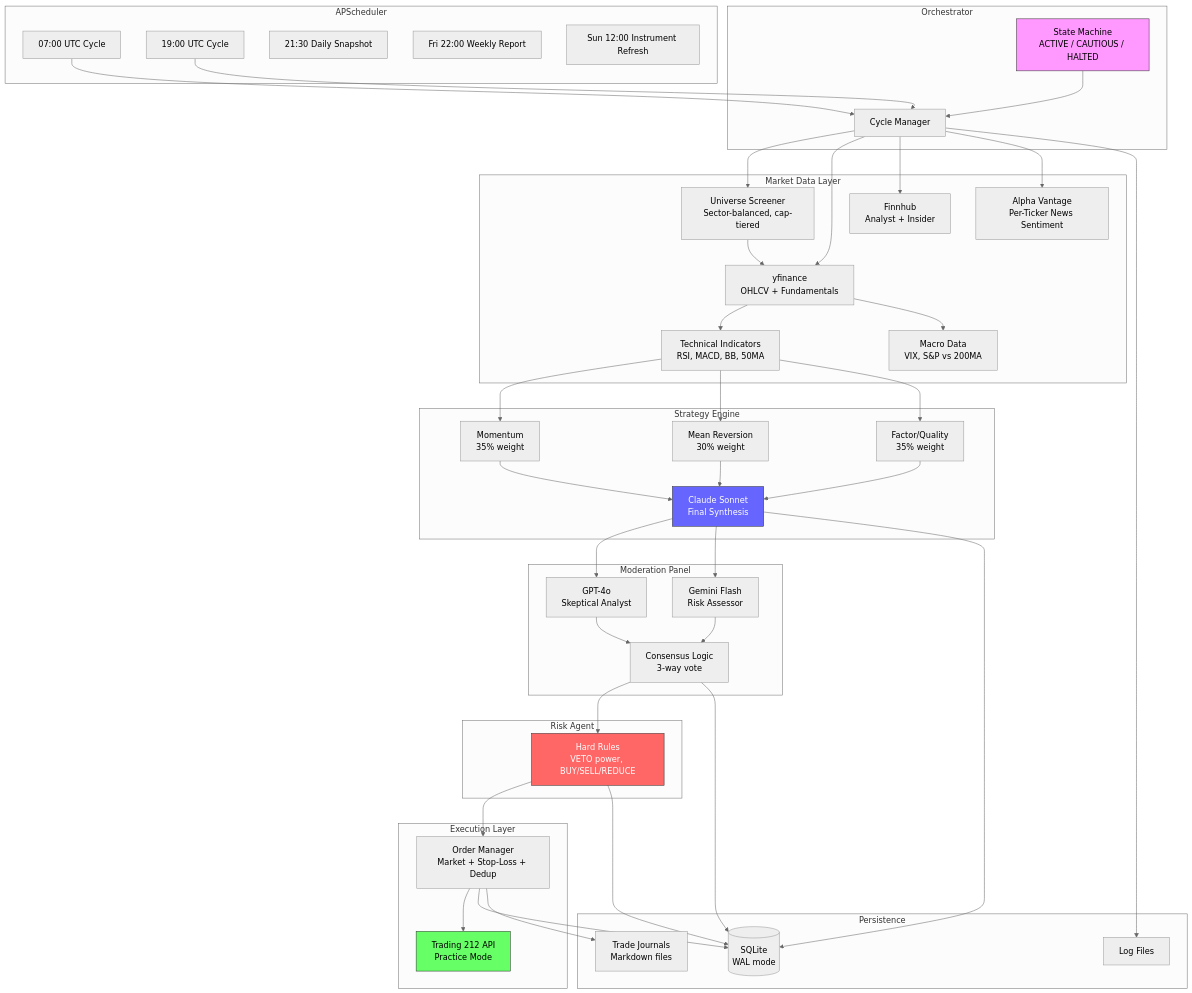
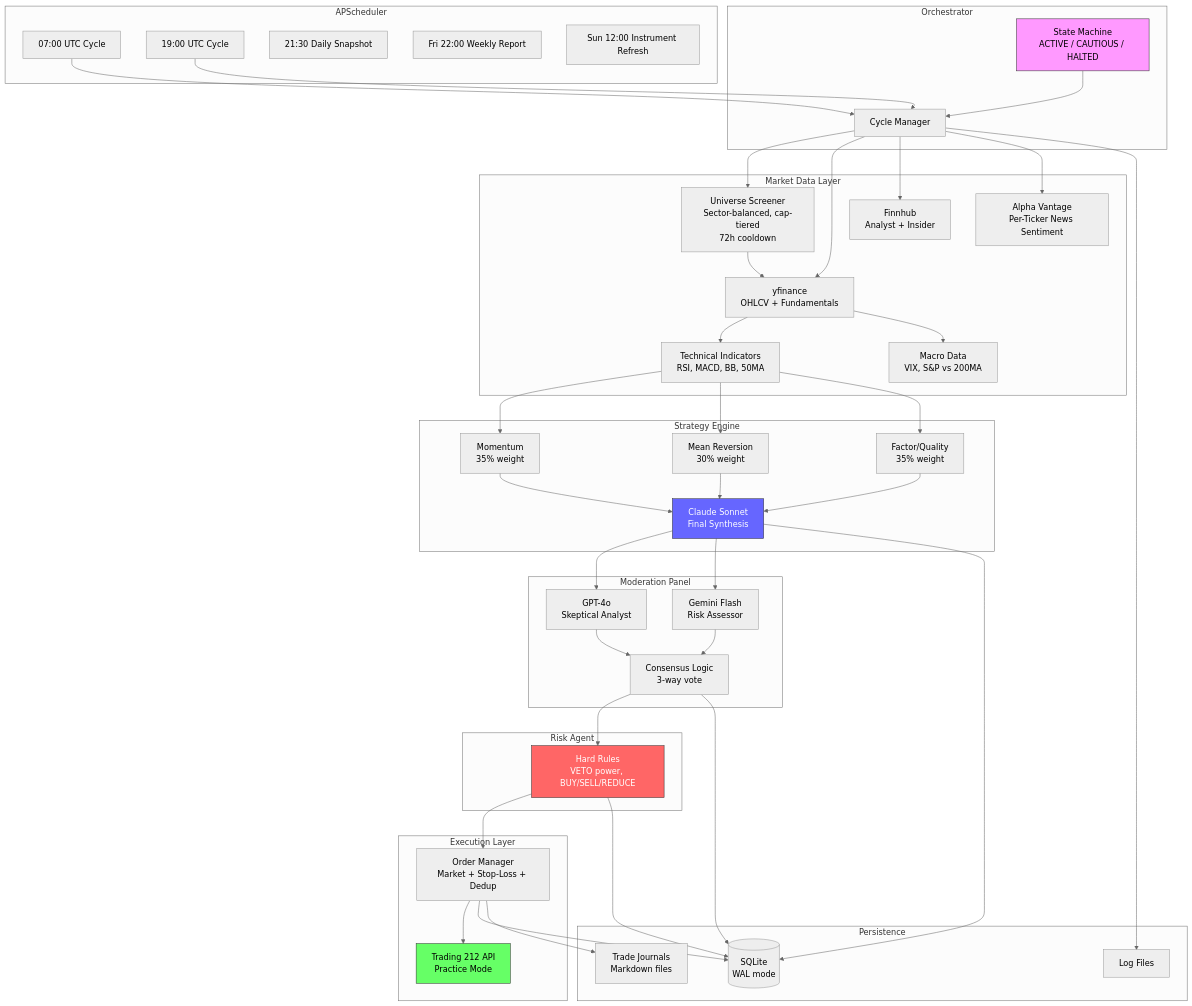
Before and after one commit to zenouz-ai/zeninvest: the first of 5 diagrams in docs/ARCHITECTURE.md, drawn with Mermaid (neutral theme). The commit also changed other lines of this file and 4 other files, not shown here.

```diff
--- a/docs/ARCHITECTURE.md
+++ b/docs/ARCHITECTURE.md
@@ -236,7 +237,7 @@
         AV[Alpha Vantage<br/>Per-Ticker News Sentiment]
         IND[Technical Indicators<br/>RSI, MACD, BB, 50MA]
         MACRO[Macro Data<br/>VIX, S&P vs 200MA]
-        UNIV[Universe Screener<br/>Sector-balanced, cap-tiered]
+        UNIV[Universe Screener<br/>Sector-balanced, cap-tiered<br/>72h cooldown]
     end
 
     subgraph Strategy["Strategy Engine"]
```
